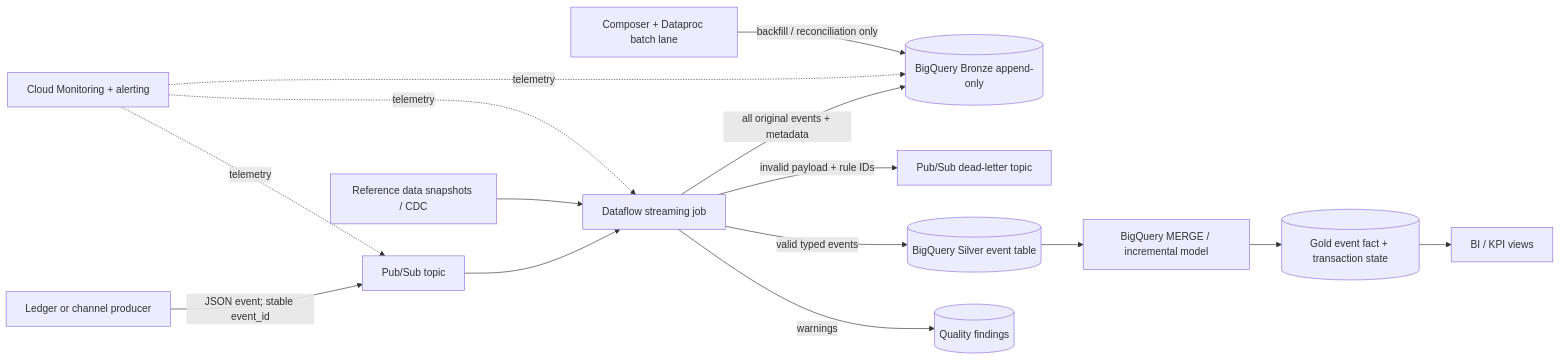
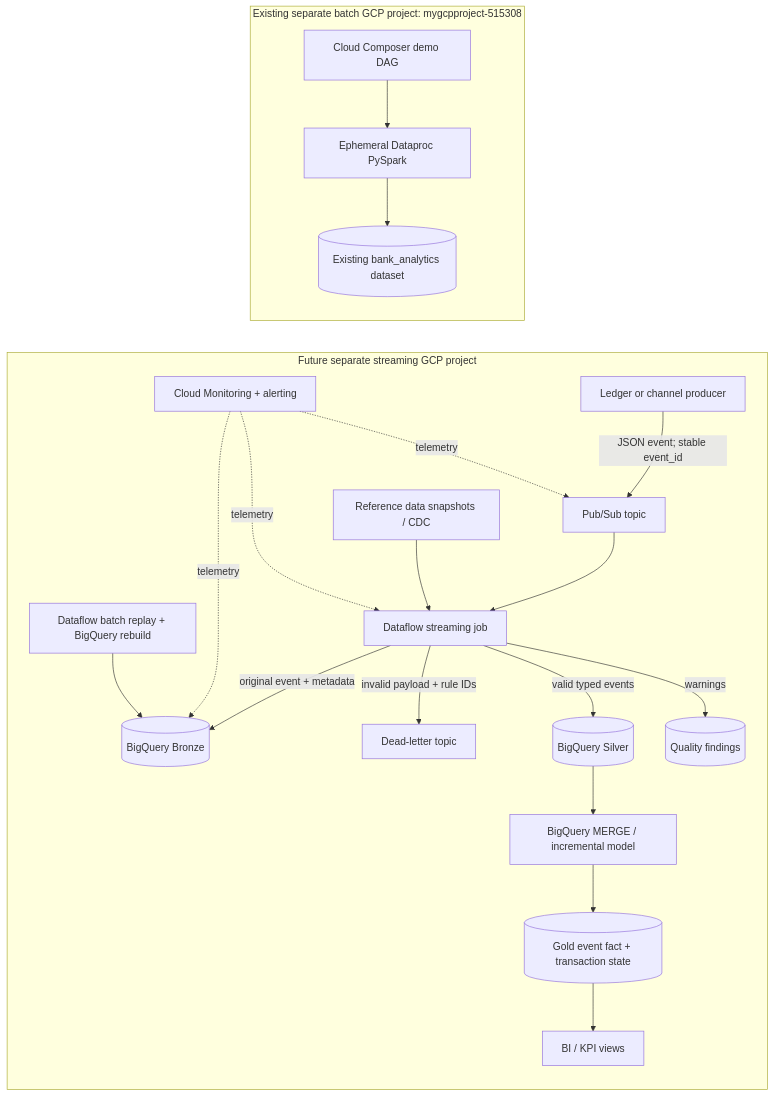
The diagram in docs/near_real_time_production_design.md (Saikrishna-Narla/gcp-bank-analytics), drawn with Mermaid before and after one commit. The commit also changed other lines of this file, not shown here.

Commit message:
Separate future streaming GCP project from batch

````diff
--- a/docs/near_real_time_production_design.md
+++ b/docs/near_real_time_production_design.md
@@ -11,17 +13,23 @@
 ```mermaid
 flowchart LR
-  A[Ledger or channel producer] -->|JSON event; stable event_id| B[Pub/Sub topic]
-  B --> C[Dataflow streaming job]
-  C -->|all original events + metadata| D[(BigQuery Bronze append-only)]
-  C -->|invalid payload + rule IDs| E[Pub/Sub dead-letter topic]
-  C -->|valid typed events| F[(BigQuery Silver event table)]
-  C -->|warnings| G[(Quality findings)]
-  H[Reference data snapshots / CDC] --> C
-  F --> I[BigQuery MERGE / incremental model]
-  I --> J[(Gold event fact + transaction state)]
-  J --> K[BI / KPI views]
-  L[Cloud Monitoring + alerting] -. telemetry .-> B
-  L -. telemetry .-> C
-  L -. telemetry .-> D
-  M[Composer + Dataproc batch lane] -->|backfill / reconciliation only| D
+  subgraph STREAM[Future separate streaming GCP project]
+    A[Ledger or channel producer] -->|JSON event; stable event_id| B[Pub/Sub topic]
+    B --> C[Dataflow streaming job]
+    C -->|original event + metadata| D[(BigQuery Bronze)]
+    C -->|invalid payload + rule IDs| E[Dead-letter topic]
+    C -->|valid typed events| F[(BigQuery Silver)]
+    C -->|warnings| G[(Quality findings)]
+    H[Reference data snapshots / CDC] --> C
+    F --> I[BigQuery MERGE / incremental model]
+    I --> J[(Gold event fact + transaction state)]
+    J --> K[BI / KPI views]
+    L[Cloud Monitoring + alerting] -. telemetry .-> B
+    L -. telemetry .-> C
+    L -. telemetry .-> D
+    R[Dataflow batch replay + BigQuery rebuild] --> D
+  end
+  subgraph BATCH[Existing separate batch GCP project: mygcpproject-515308]
+    M[Cloud Composer demo DAG] --> N[Ephemeral Dataproc PySpark]
+    N --> O[(Existing bank_analytics dataset)]
+  end
 ```
````
